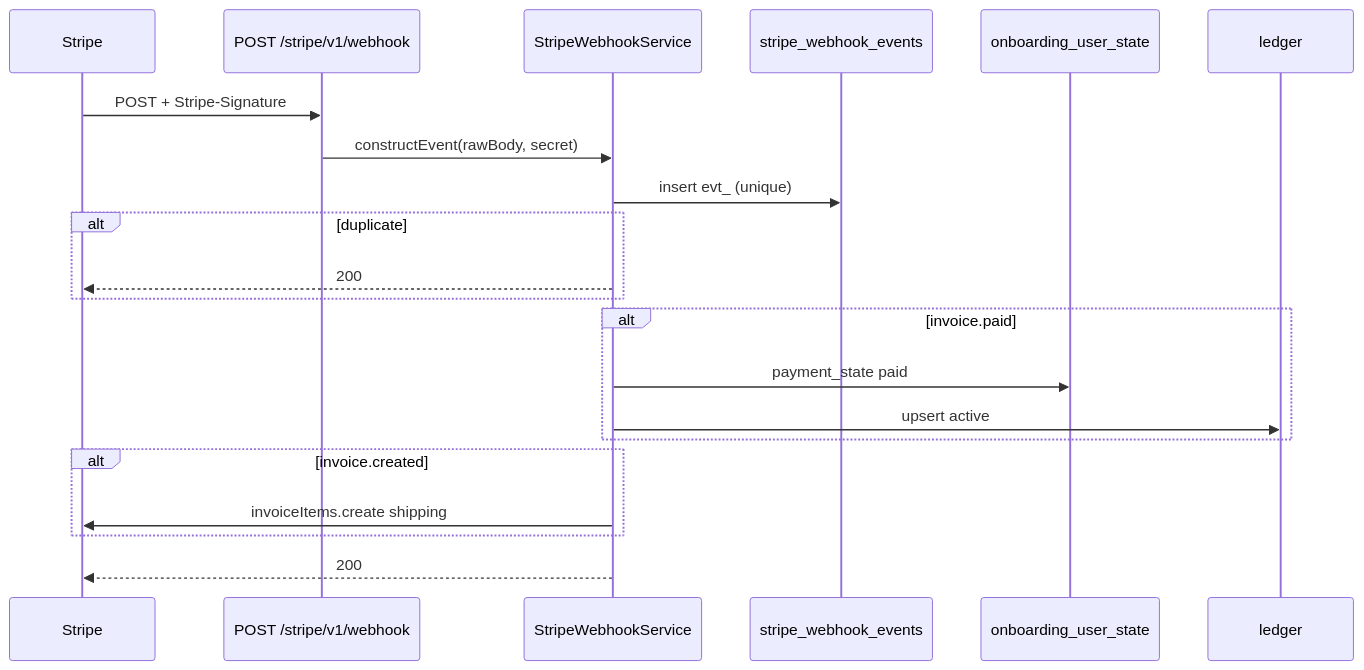
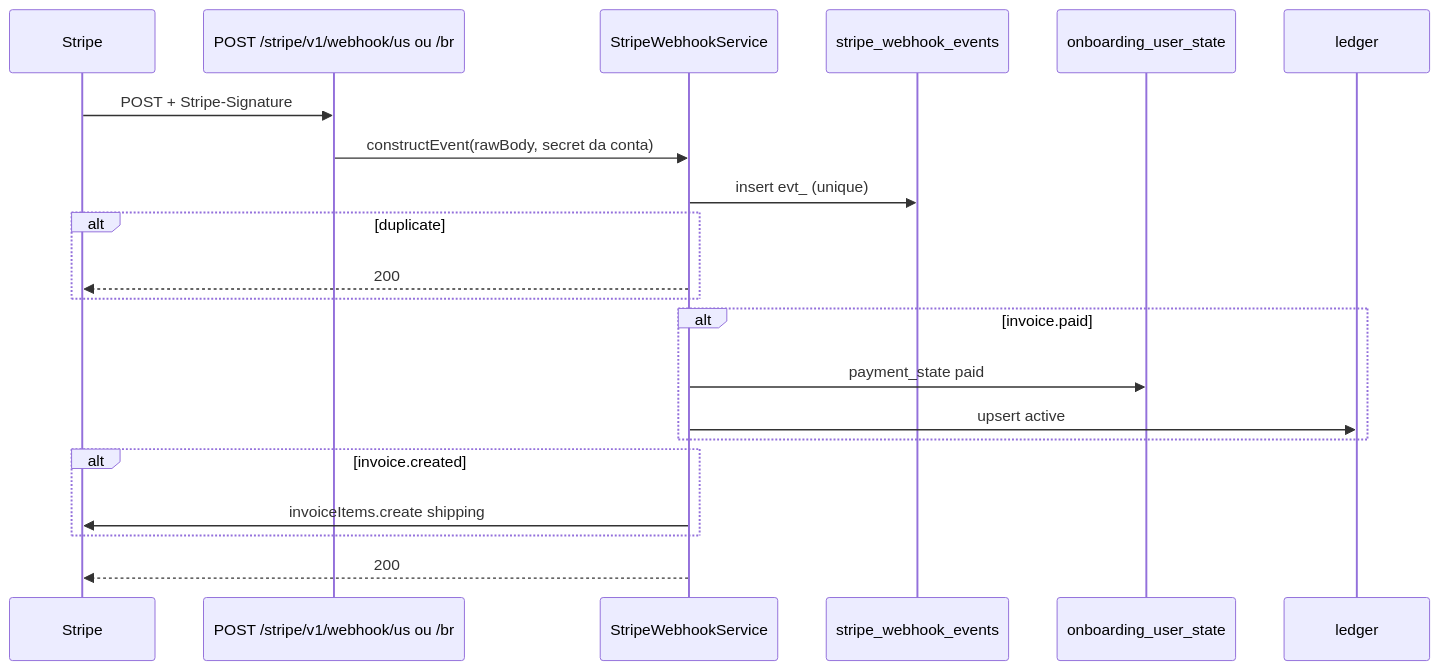
One commit to charles-mendes/eden-bowls-backend changed the second of 2 diagrams in docs/other-routers/ROTA_STRIPE_WEBHOOK.md. Above: the diagram before and after it, drawn with Mermaid. The commit also changed other lines of this file and 5 other files, not shown here.

First line of the commit message:
Update Stripe webhook documentation and enhance multi-account handling

````diff
--- a/docs/other-routers/ROTA_STRIPE_WEBHOOK.md
+++ b/docs/other-routers/ROTA_STRIPE_WEBHOOK.md
@@ -114,24 +119,24 @@
 ```mermaid
 sequenceDiagram
     participant Stripe
-    participant RT as POST /stripe/v1/webhook
+    participant RT as POST /stripe/v1/webhook/us ou /br
     participant SV as StripeWebhookService
     participant EVT as stripe_webhook_events
     participant ST as onboarding_user_state
     participant LED as ledger
 
     Stripe->>RT: POST + Stripe-Signature
-    RT->>SV: constructEvent(rawBody, secret)
+    RT->>SV: constructEvent(rawBody, secret da conta)
     SV->>EVT: insert evt_ (unique)
     alt duplicate
         SV-->>Stripe: 200
     end
     alt invoice.paid
         SV->>ST: payment_state paid
         SV->>LED: upsert active
     end
     alt invoice.created
         SV->>Stripe: invoiceItems.create shipping
     end
     SV-->>Stripe: 200
 ```
````
